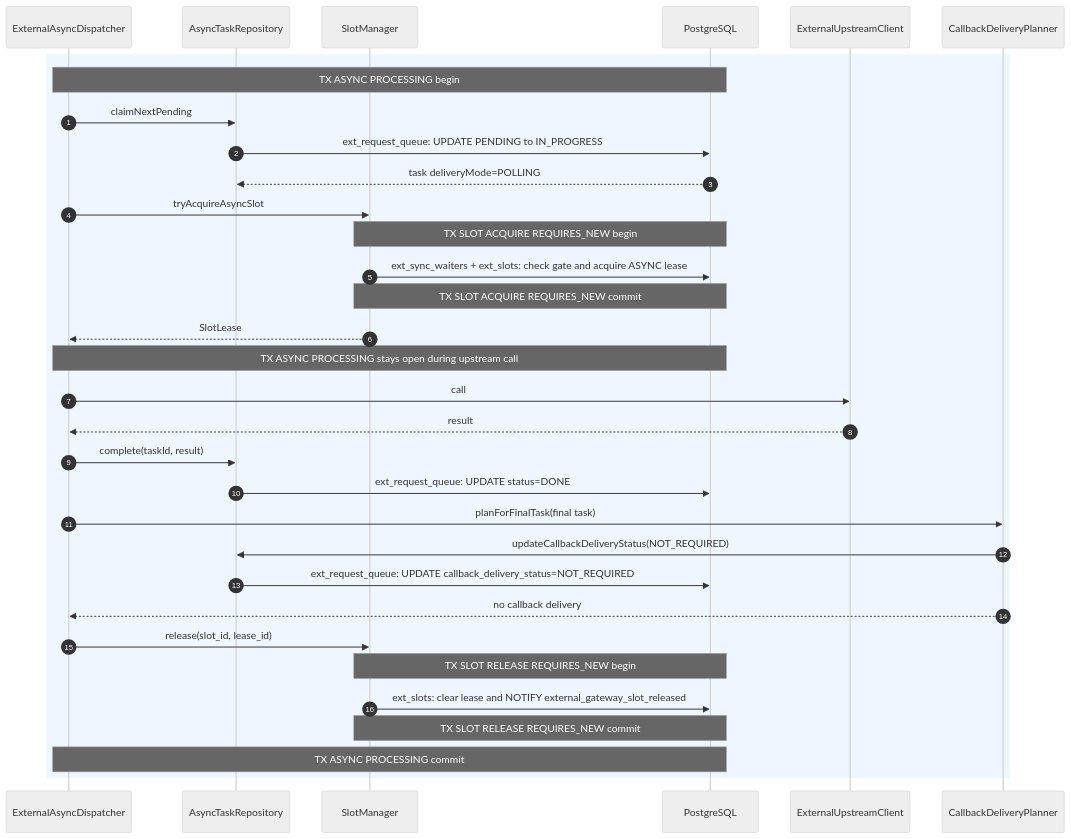
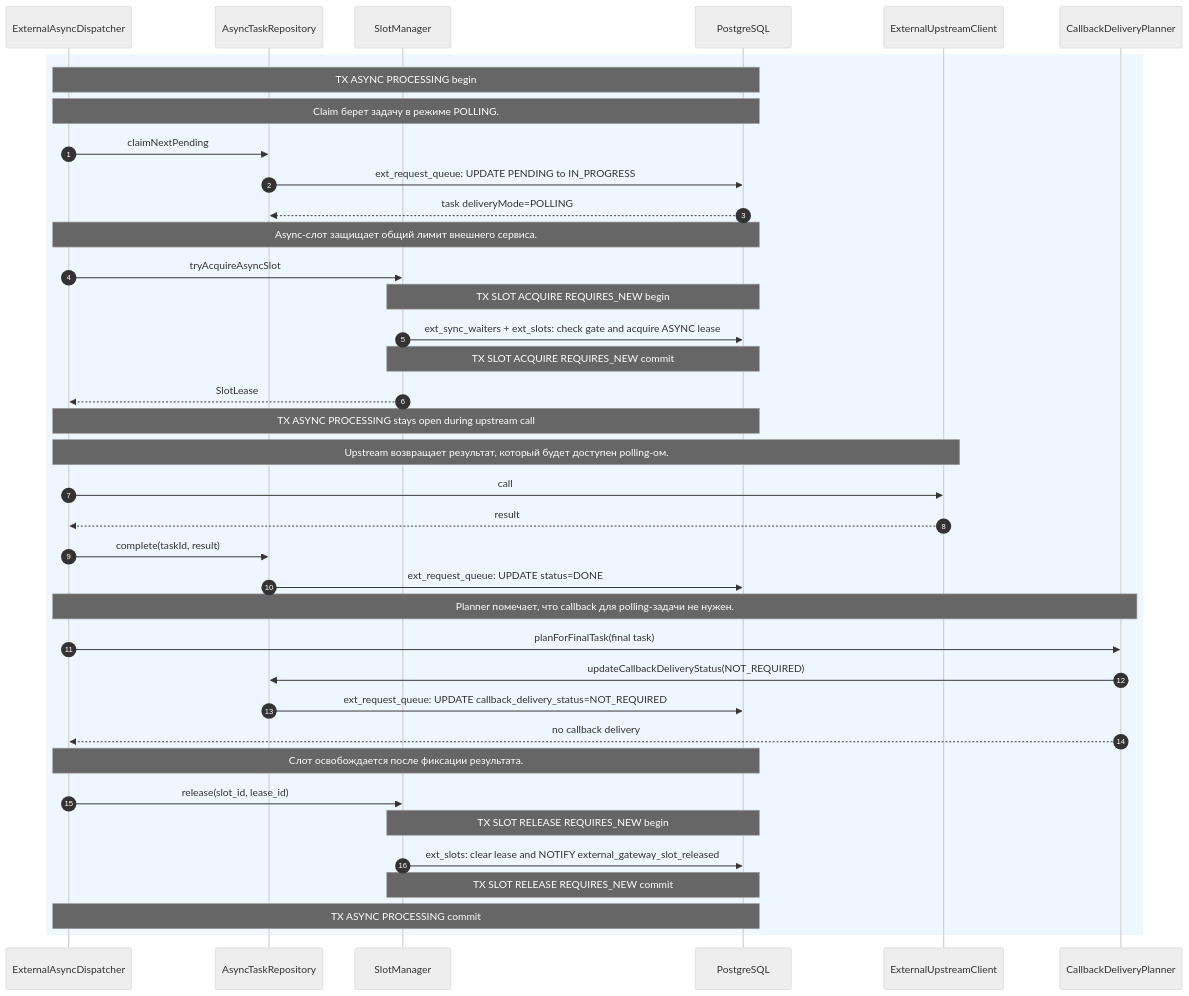
Before and after one commit to DenisVanin4402/TestQwenCli: the fifth of 12 diagrams in docs/external-service-gateway/architecture/06-sequence-async.md, drawn with Mermaid (neutral theme). The commit also changed other lines of this file and 2 other files, not shown here.

Commit message:
диаграммы обновлены детализацией sequence

````diff
--- a/docs/external-service-gateway/architecture/06-sequence-async.md
+++ b/docs/external-service-gateway/architecture/06-sequence-async.md
@@ -143,36 +245,41 @@
 ```mermaid
 sequenceDiagram
     autonumber
     participant Dispatcher as ExternalAsyncDispatcher
     participant Tasks as AsyncTaskRepository
     participant Slots as SlotManager
     participant DB as PostgreSQL
     participant Upstream as ExternalUpstreamClient
     participant Planner as CallbackDeliveryPlanner
 
     rect rgb(238, 246, 255)
         Note over Dispatcher,DB: TX ASYNC PROCESSING begin
+        Note over Dispatcher,DB: Claim берет задачу в режиме POLLING.
         Dispatcher->>Tasks: claimNextPending
         Tasks->>DB: ext_request_queue: UPDATE PENDING to IN_PROGRESS
         DB-->>Tasks: task deliveryMode=POLLING
+        Note over Dispatcher,DB: Async-слот защищает общий лимит внешнего сервиса.
         Dispatcher->>Slots: tryAcquireAsyncSlot
         Note over Slots,DB: TX SLOT ACQUIRE REQUIRES_NEW begin
         Slots->>DB: ext_sync_waiters + ext_slots: check gate and acquire ASYNC lease
         Note over Slots,DB: TX SLOT ACQUIRE REQUIRES_NEW commit
         Slots-->>Dispatcher: SlotLease
         Note over Dispatcher,DB: TX ASYNC PROCESSING stays open during upstream call
+        Note over Dispatcher,Upstream: Upstream возвращает результат, который будет доступен polling-ом.
         Dispatcher->>Upstream: call
         Upstream-->>Dispatcher: result
         Dispatcher->>Tasks: complete(taskId, result)
         Tasks->>DB: ext_request_queue: UPDATE status=DONE
+        Note over Dispatcher,Planner: Planner помечает, что callback для polling-задачи не нужен.
         Dispatcher->>Planner: planForFinalTask(final task)
         Planner->>Tasks: updateCallbackDeliveryStatus(NOT_REQUIRED)
         Tasks->>DB: ext_request_queue: UPDATE callback_delivery_status=NOT_REQUIRED
         Planner-->>Dispatcher: no callback delivery
+        Note over Dispatcher,DB: Слот освобождается после фиксации результата.
         Dispatcher->>Slots: release(slot_id, lease_id)
         Note over Slots,DB: TX SLOT RELEASE REQUIRES_NEW begin
         Slots->>DB: ext_slots: clear lease and NOTIFY external_gateway_slot_released
         Note over Slots,DB: TX SLOT RELEASE REQUIRES_NEW commit
         Note over Dispatcher,DB: TX ASYNC PROCESSING commit
     end
 ```
````
